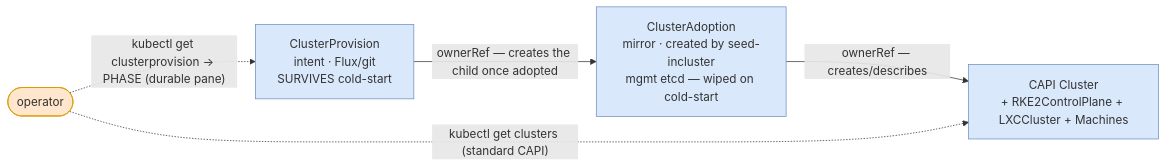
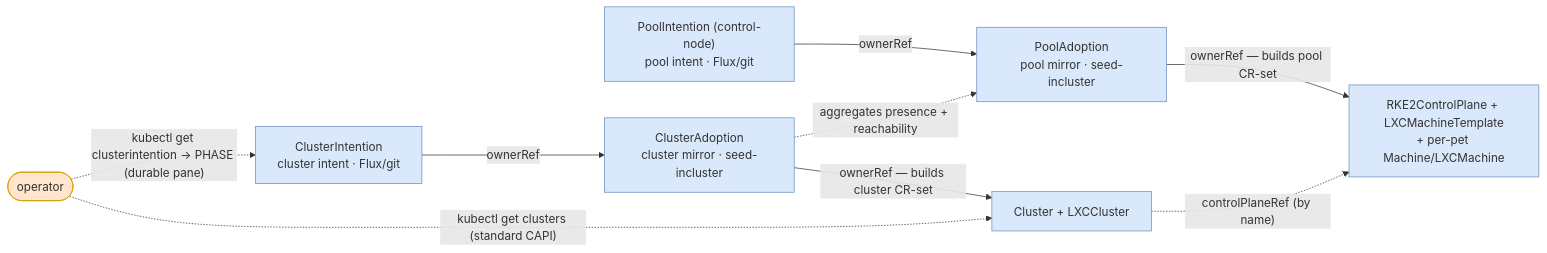
The seventh of 8 diagrams in docs/architecture/cluster-api/cluster-seeding-controller.adoc (seedmatic/rke2lab), drawn with Mermaid before and after one commit. The commit also changed other lines of this file and 2 other files, not shown here.

First line of the commit message:
docs(cluster-api): reconcile the seeding docs with the shipped 2×2

```diff
--- a/docs/architecture/cluster-api/cluster-seeding-controller.adoc
+++ b/docs/architecture/cluster-api/cluster-seeding-controller.adoc
@@ -538,14 +770,21 @@
 [mermaid,cluster-seeding-ownership,svg]
 ----
 flowchart LR
-  cp["ClusterProvision<br/>intent · Flux/git<br/>SURVIVES cold-start"]:::code
-  ca["ClusterAdoption<br/>mirror · created by seed-incluster<br/>mgmt etcd — wiped on cold-start"]:::code
-  capi["CAPI Cluster<br/>+ RKE2ControlPlane + LXCCluster + Machines"]:::code
+  ci["ClusterIntention<br/>cluster intent · Flux/git"]:::code
+  pi["PoolIntention (control-node)<br/>pool intent · Flux/git"]:::code
+  ca["ClusterAdoption<br/>cluster mirror · seed-incluster"]:::code
+  pa["PoolAdoption<br/>pool mirror · seed-incluster"]:::code
+  cl["Cluster + LXCCluster"]:::code
+  rcp["RKE2ControlPlane + LXCMachineTemplate<br/>+ per-pet Machine/LXCMachine"]:::code
   op(["operator"]):::mut
-  cp -->|"ownerRef — creates the child once adopted"| ca
-  ca -->|"ownerRef — creates/describes"| capi
-  op -.->|"kubectl get clusterprovision → PHASE (durable pane)"| cp
-  op -.->|"kubectl get clusters (standard CAPI)"| capi
+  ci -->|"ownerRef"| ca
+  pi -->|"ownerRef"| pa
+  ca -->|"ownerRef — builds cluster CR-set"| cl
+  pa -->|"ownerRef — builds pool CR-set"| rcp
+  ca -.->|"aggregates presence + reachability"| pa
+  cl -.->|"controlPlaneRef (by name)"| rcp
+  op -.->|"kubectl get clusterintention → PHASE (durable pane)"| ci
+  op -.->|"kubectl get clusters (standard CAPI)"| cl
   classDef code fill:#dae8fc,stroke:#6c8ebf
   classDef mut fill:#ffe6cc,stroke:#d79b00
 ----
```
